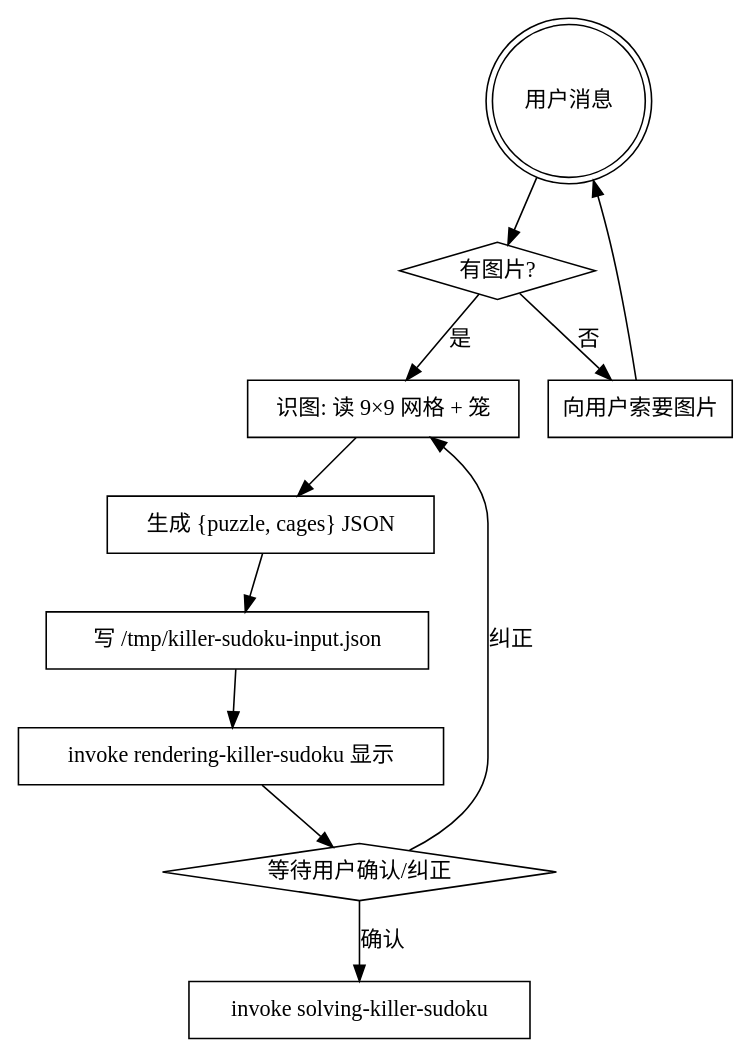
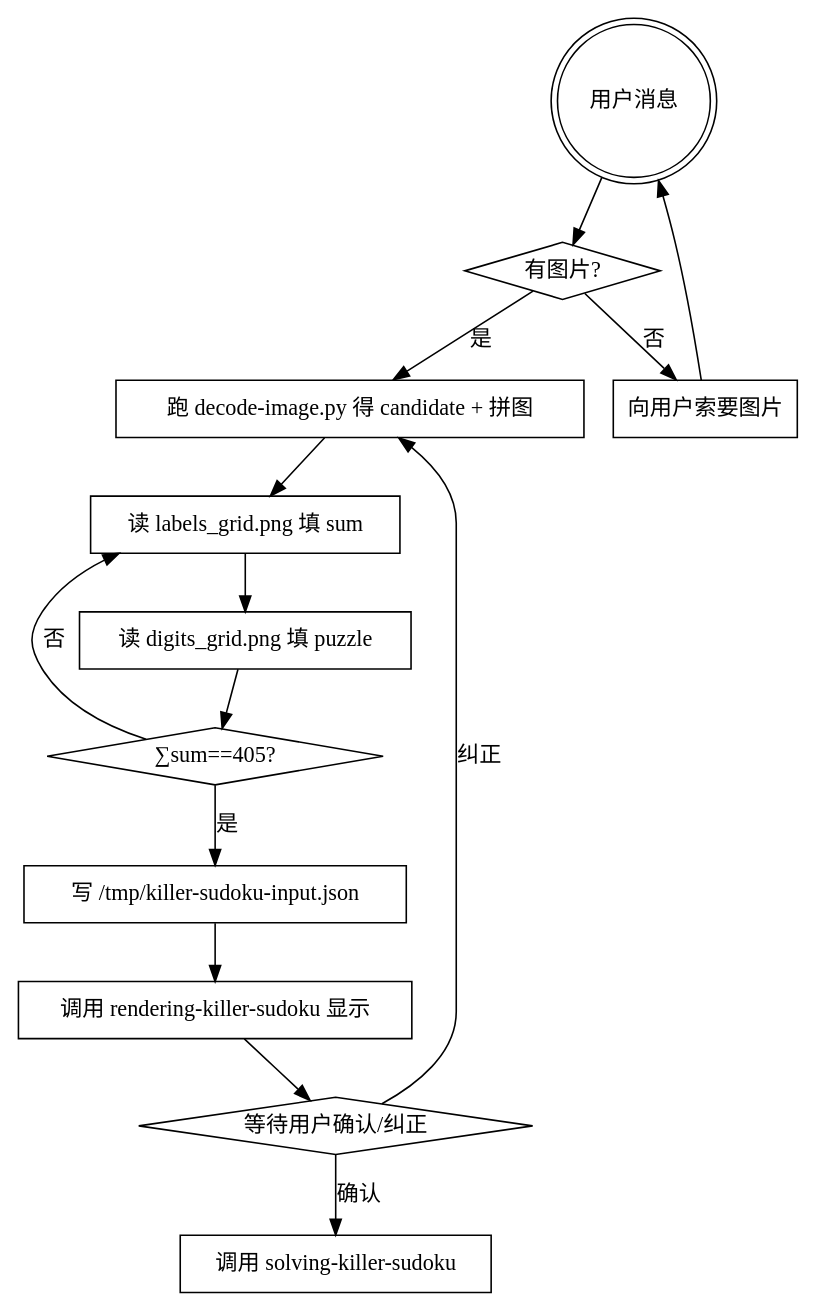
Before and after one commit to HakurouKen/puzzle-solver: the diagram in packages/killer-sudoku/skills/decoding-killer-sudoku/SKILL.md, drawn with Graphviz. The commit also changed other lines of this file and 41 other files, not shown here.

````diff
--- a/packages/killer-sudoku/skills/decoding-killer-sudoku/SKILL.md
+++ b/packages/killer-sudoku/skills/decoding-killer-sudoku/SKILL.md
@@ -12,22 +12,27 @@
 ```dot
 digraph flow {
     "用户消息" [shape=doublecircle];
     "有图片?" [shape=diamond];
     "向用户索要图片" [shape=box];
-    "识图: 读 9×9 网格 + 笼" [shape=box];
-    "生成 {puzzle, cages} JSON" [shape=box];
+    "跑 decode-image.py 得 candidate + 拼图" [shape=box];
+    "读 labels_grid.png 填 sum" [shape=box];
+    "读 digits_grid.png 填 puzzle" [shape=box];
+    "∑sum==405?" [shape=diamond];
     "写 /tmp/killer-sudoku-input.json" [shape=box];
-    "invoke rendering-killer-sudoku 显示" [shape=box];
+    "调用 rendering-killer-sudoku 显示" [shape=box];
     "等待用户确认/纠正" [shape=diamond];
-    "invoke solving-killer-sudoku" [shape=box];
+    "调用 solving-killer-sudoku" [shape=box];
     "用户消息" -> "有图片?";
-    "有图片?" -> "识图: 读 9×9 网格 + 笼" [label="是"];
+    "有图片?" -> "跑 decode-image.py 得 candidate + 拼图" [label="是"];
     "有图片?" -> "向用户索要图片" [label="否"];
     "向用户索要图片" -> "用户消息";
-    "识图: 读 9×9 网格 + 笼" -> "生成 {puzzle, cages} JSON"
-        -> "写 /tmp/killer-sudoku-input.json" -> "invoke rendering-killer-sudoku 显示"
+    "跑 decode-image.py 得 candidate + 拼图" -> "读 labels_grid.png 填 sum"
+        -> "读 digits_grid.png 填 puzzle" -> "∑sum==405?";
+    "∑sum==405?" -> "读 labels_grid.png 填 sum" [label="否"];
+    "∑sum==405?" -> "写 /tmp/killer-sudoku-input.json" [label="是"];
+    "写 /tmp/killer-sudoku-input.json" -> "调用 rendering-killer-sudoku 显示"
         -> "等待用户确认/纠正";
-    "等待用户确认/纠正" -> "invoke solving-killer-sudoku" [label="确认"];
-    "等待用户确认/纠正" -> "识图: 读 9×9 网格 + 笼" [label="纠正"];
+    "等待用户确认/纠正" -> "调用 solving-killer-sudoku" [label="确认"];
+    "等待用户确认/纠正" -> "跑 decode-image.py 得 candidate + 拼图" [label="纠正"];
 }
 ```
````
